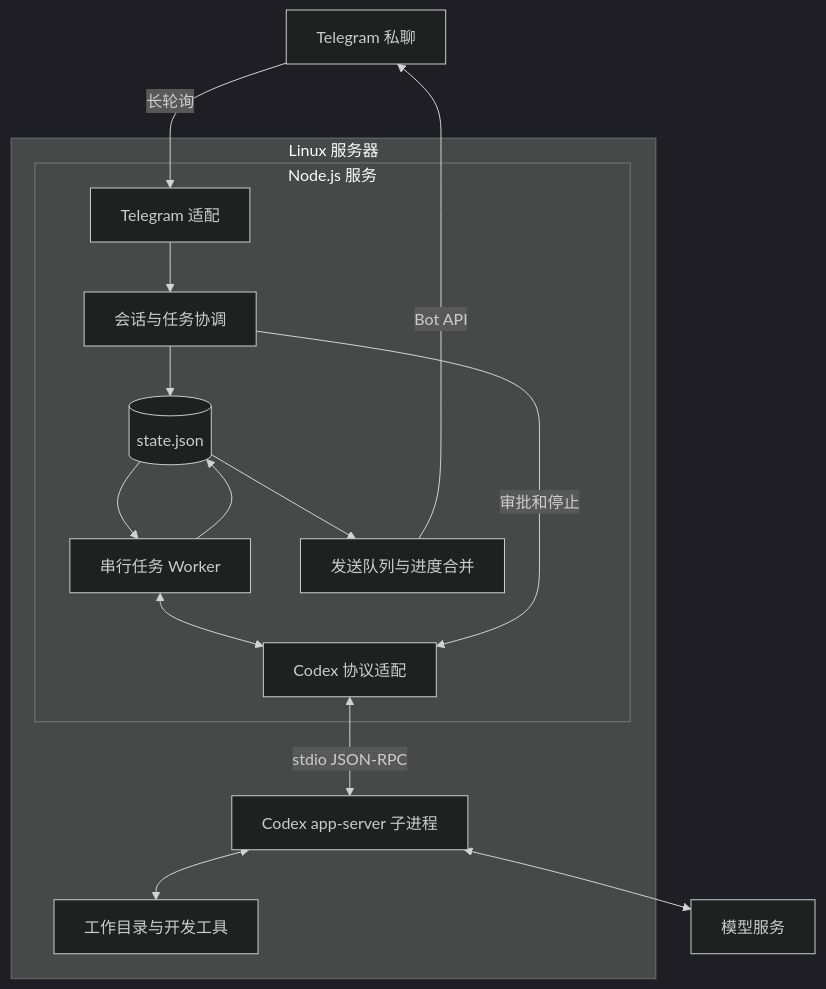
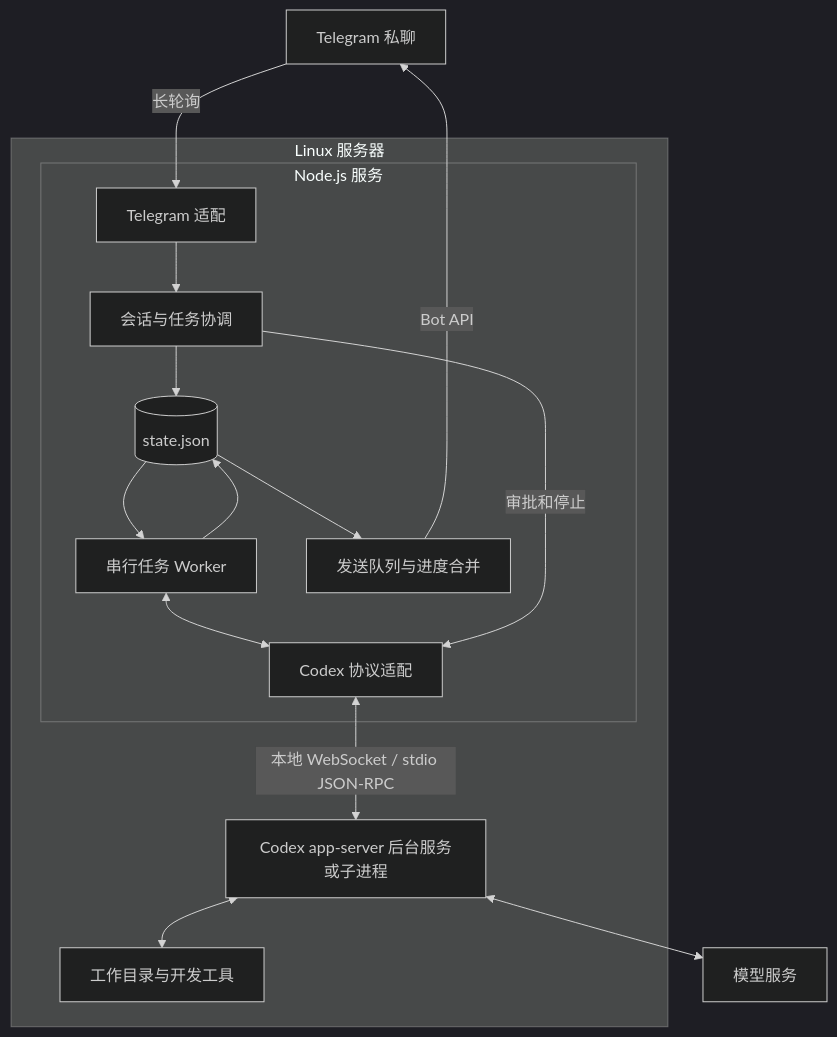
Before and after one commit to chaoyue1998/tellrun: the diagram in docs/architecture.md, drawn with Mermaid (dark theme). The commit also changed other lines of this file and 9 other files, not shown here.

````diff
--- a/docs/architecture.md
+++ b/docs/architecture.md
@@ -25,28 +25,28 @@
 ```mermaid
 flowchart TB
     TG["Telegram 私聊"]
     subgraph SERVER["Linux 服务器"]
         subgraph APP["Node.js 服务"]
             IN["Telegram 适配"]
             CORE["会话与任务协调"]
             STATE[("state.json")]
             WORKER["串行任务 Worker"]
             RPC["Codex 协议适配"]
             OUT["发送队列与进度合并"]
             IN --> CORE
             CORE --> STATE
             STATE --> WORKER
             WORKER <--> RPC
             CORE -->|"审批和停止"| RPC
             WORKER --> STATE
             STATE --> OUT
         end
-        CODEX["Codex app-server 子进程"]
+        CODEX["Codex app-server 后台服务或子进程"]
         FILES["工作目录与开发工具"]
-        RPC <-->|"stdio JSON-RPC"| CODEX
+        RPC <-->|"本地 WebSocket / stdio JSON-RPC"| CODEX
         CODEX <--> FILES
     end
     TG -->|"长轮询"| IN
     OUT -->|"Bot API"| TG
     CODEX <--> MODEL["模型服务"]
 ```
````
